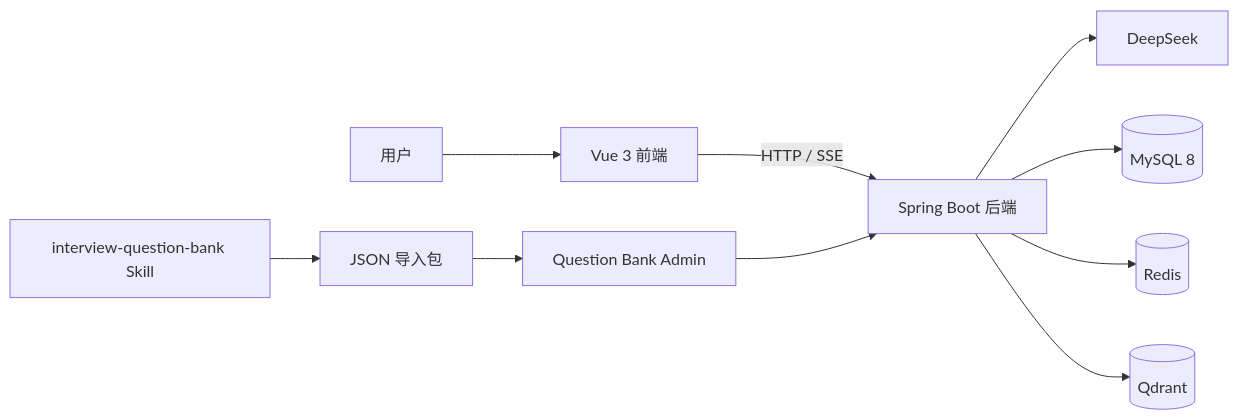
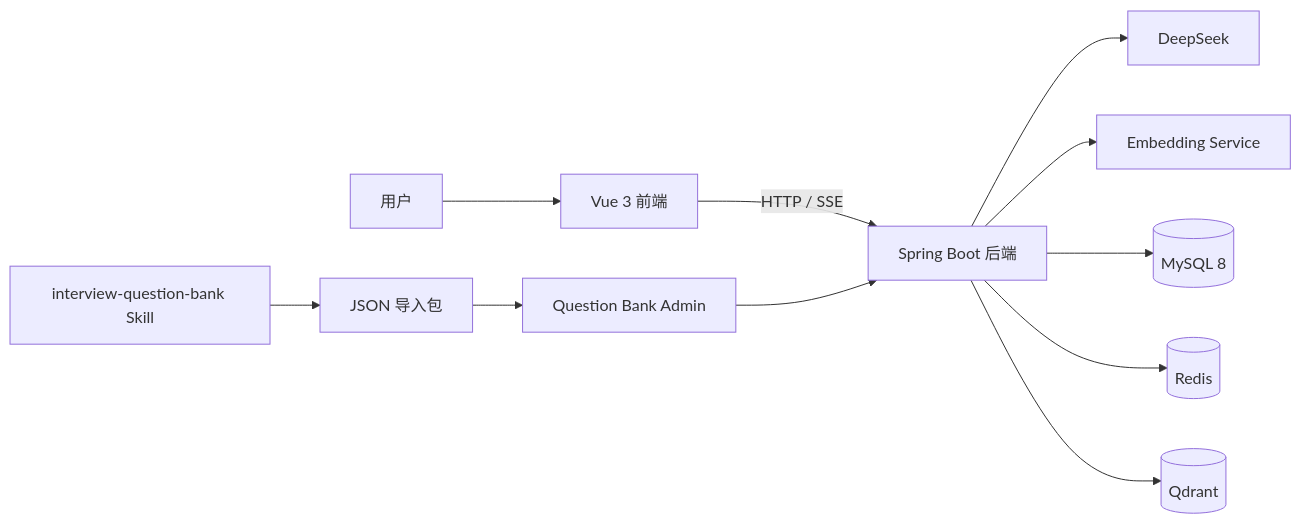
One commit to nzy0510/AI-Interview changed the first of 2 diagrams in README.md. Above: the diagram before and after it, drawn with Mermaid. The commit also changed other lines of this file and 5 other files, not shown here.

````diff
--- a/README.md
+++ b/README.md
@@ -49,12 +49,13 @@
 ```mermaid
 graph LR
     User["用户"] --> Frontend["Vue 3 前端"]
     Frontend -->|"HTTP / SSE"| Backend["Spring Boot 后端"]
     Backend --> LLM["DeepSeek"]
+    Backend --> Embedding["Embedding Service"]
     Backend --> MySQL[("MySQL 8")]
     Backend --> Redis[("Redis")]
     Backend --> Qdrant[("Qdrant")]
     Skill["interview-question-bank Skill"] --> Package["JSON 导入包"]
     Package --> Admin["Question Bank Admin"]
     Admin --> Backend
 ```
````
